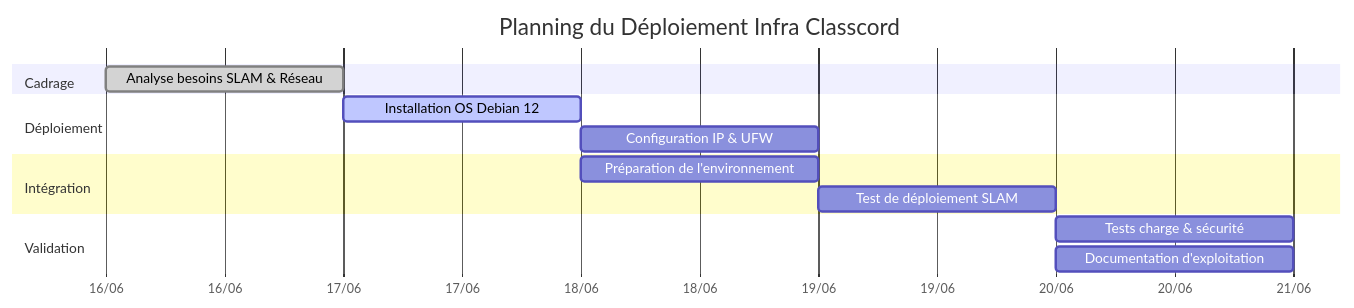
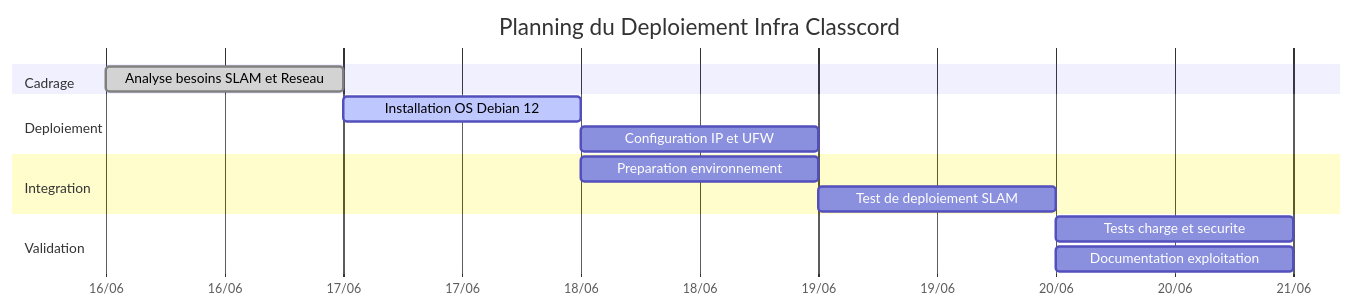
One commit to edib16/AP02-Infrastructure-serveur-Classcord changed the diagram in README.md. Above: the diagram before and after it, drawn with Mermaid. The commit also changed other lines of this file, not shown here.

Commit message:
Passage de RP02 à AP02 et correction Gantt

````diff
--- a/README.md
+++ b/README.md
@@ -35,21 +35,21 @@
 ```mermaid
 gantt
-    title Planning du Déploiement Infra Classcord
+    title Planning du Deploiement Infra Classcord
     dateFormat  YYYY-MM-DD
     axisFormat  %d/%m
     
     section Cadrage
-    Analyse besoins SLAM & Réseau   :done,    des1, 2025-06-16, 1d
+    Analyse besoins SLAM et Reseau   :done,    des1, 2025-06-16, 1d
     
-    section Déploiement
+    section Deploiement
     Installation OS Debian 12       :active,  des2, 2025-06-17, 1d
-    Configuration IP & UFW          :         des3, after des2, 1d
+    Configuration IP et UFW         :         des3, after des2, 1d
     
-    section Intégration
-    Préparation de l'environnement  :         des4, 2025-06-18, 1d
-    Test de déploiement SLAM        :         des5, 2025-06-19, 1d
+    section Integration
+    Preparation environnement       :         des4, 2025-06-18, 1d
+    Test de deploiement SLAM        :         des5, 2025-06-19, 1d
     
     section Validation
-    Tests charge & sécurité         :         des6, 2025-06-20, 1d
-    Documentation d'exploitation    :         des7, 2025-06-20, 1d
+    Tests charge et securite        :         des6, 2025-06-20, 1d
+    Documentation exploitation      :         des7, 2025-06-20, 1d
 ```
````
